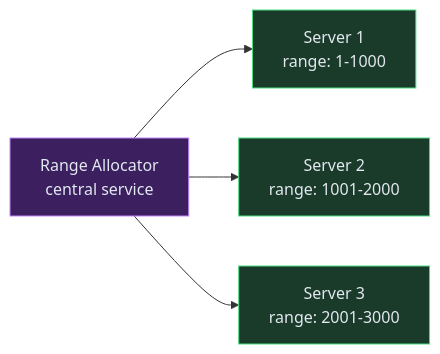
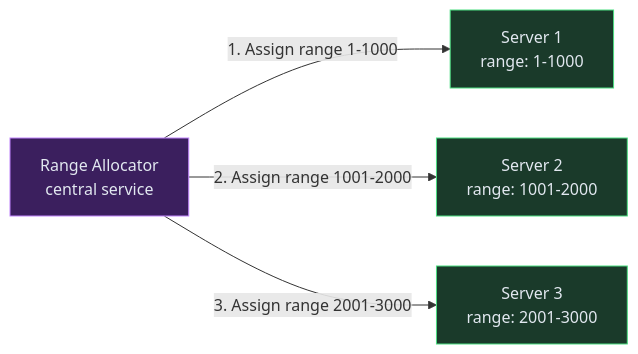
Before and after one commit to iluzn/HLD-Designs: the fifth of 7 diagrams in content/hld/UniqueIDGenerator.md, drawn with Mermaid. The commit also changed other lines of this file and 27 other files, not shown here.

````diff
--- a/content/hld/UniqueIDGenerator.md
+++ b/content/hld/UniqueIDGenerator.md
@@ -222,14 +222,14 @@
 ```mermaid
 flowchart LR
     ALLOC["Range Allocator<br/>central service"]:::async
     S1["Server 1<br/>range: 1-1000"]:::service
     S2["Server 2<br/>range: 1001-2000"]:::service
     S3["Server 3<br/>range: 2001-3000"]:::service
 
-    ALLOC --> S1
-    ALLOC --> S2
-    ALLOC --> S3
+    ALLOC -->|"1. Assign range 1-1000"| S1
+    ALLOC -->|"2. Assign range 1001-2000"| S2
+    ALLOC -->|"3. Assign range 2001-3000"| S3
 
     classDef service fill:#1a3a2a,stroke:#4ade80,color:#e2e8f0
     classDef async fill:#3b1f5e,stroke:#c084fc,color:#e2e8f0
 ```
````
